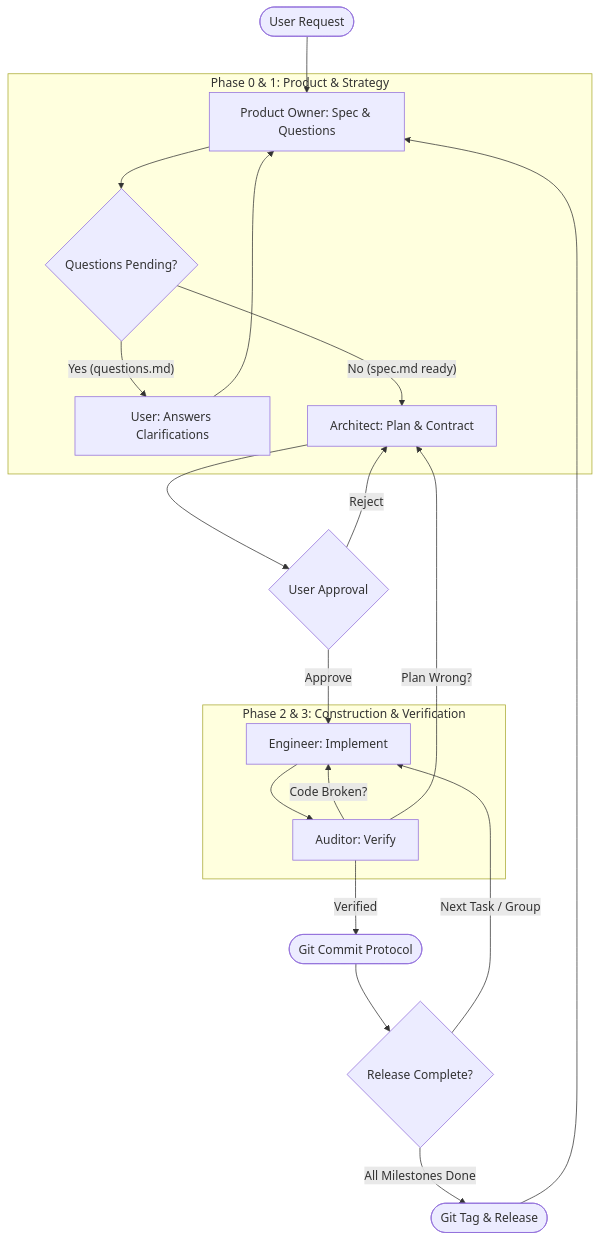
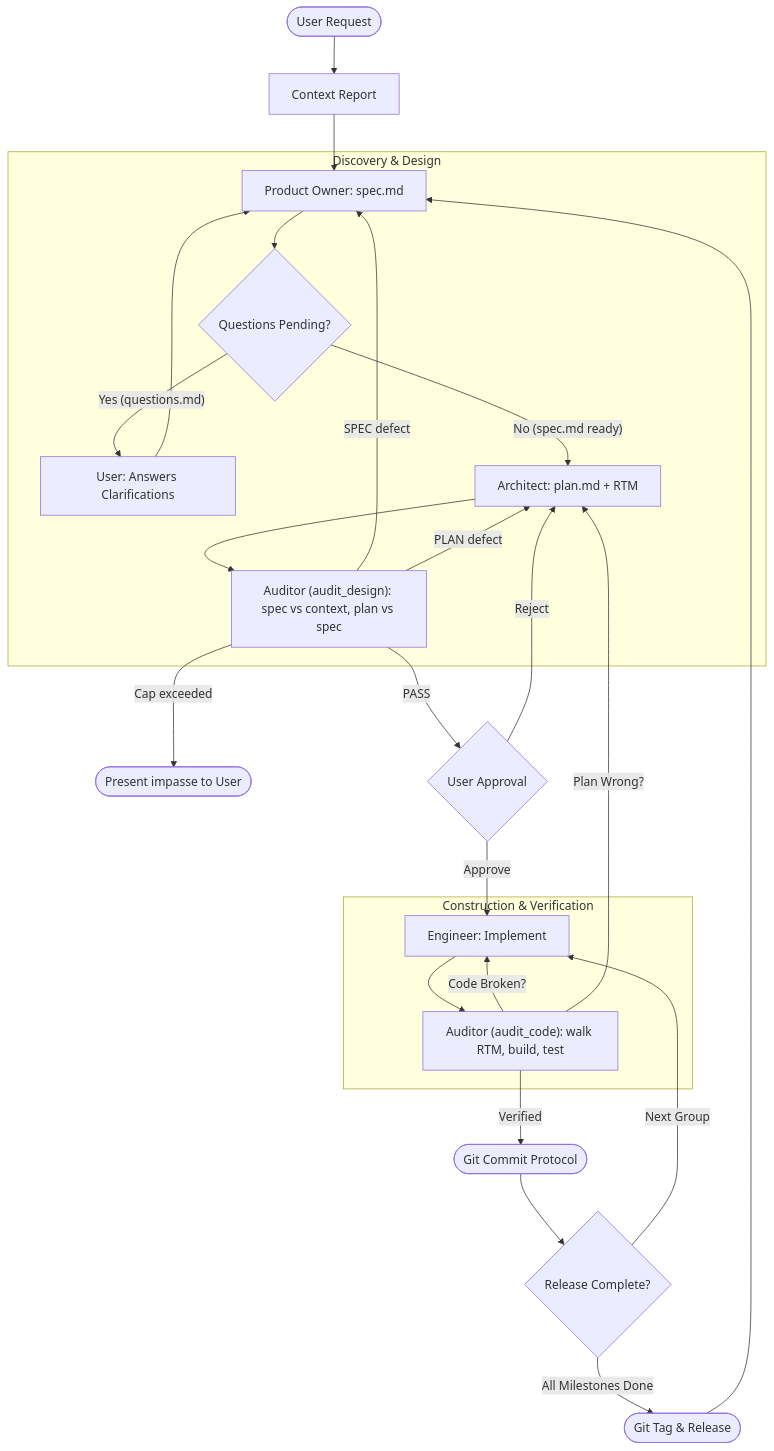
The diagram in config/skills/swarm/SKILL.md (jjdelorme/plan-commands), drawn with Mermaid before and after one commit. The commit also changed other lines of this file and 8 other files, not shown here.

First line of the commit message:
feat: elevate swarm to v3.0.0 with design audit, RTM traceability, and domain invariants

````diff
--- a/config/skills/swarm/SKILL.md
+++ b/config/skills/swarm/SKILL.md
@@ -17,37 +19,44 @@
 ```mermaid
 graph TD
-    subgraph "Phase 0 & 1: Product & Strategy"
-        PO["Product Owner: Spec & Questions"]
+    subgraph "Discovery & Design"
+        PO["Product Owner: spec.md"]
         Questions{"Questions Pending?"}
         UserClarify["User: Answers Clarifications"]
-        Architect["Architect: Plan & Contract"]
+        Architect["Architect: plan.md + RTM"]
+        DesignAudit["Auditor (audit_design): spec vs context, plan vs spec"]
     end
 
-    subgraph "Phase 2 & 3: Construction & Verification"
+    subgraph "Construction & Verification"
         Engineer["Engineer: Implement"]
-        Auditor["Auditor: Verify"]
+        CodeAudit["Auditor (audit_code): walk RTM, build, test"]
     end
 
-    %% Flow
-    Start(["User Request"]) --> PO
+    Start(["User Request"]) --> Research["Context Report"]
+    Research --> PO
     PO --> Questions
     Questions -- "Yes (questions.md)" --> UserClarify
     UserClarify --> PO
     Questions -- "No (spec.md ready)" --> Architect
-    Architect --> Review{"User Approval"}
+    Architect --> DesignAudit
+
+    %% Design Audit Three-Way Fork (cap: 2 returns)
+    DesignAudit -- "SPEC defect" --> PO
+    DesignAudit -- "PLAN defect" --> Architect
+    DesignAudit -- "Cap exceeded" --> Impasse(["Present impasse to User"])
+    DesignAudit -- "PASS" --> Review{"User Approval"}
 
     Review -- "Reject" --> Architect
     Review -- "Approve" --> Engineer
 
-    Engineer --> Auditor
+    Engineer --> CodeAudit
 
-    %% The Three-Way Fork
-    Auditor -- "Code Broken?" --> Engineer
-    Auditor -- "Plan Wrong?" --> Architect
-    Auditor -- "Verified" --> Commit(["Git Commit Protocol"])
+    %% Code Audit Three-Way Fork
+    CodeAudit -- "Code Broken?" --> Engineer
+    CodeAudit -- "Plan Wrong?" --> Architect
+    CodeAudit -- "Verified" --> Commit(["Git Commit Protocol"])
 
     Commit --> CheckRelease{"Release Complete?"}
-    CheckRelease -- "Next Task / Group" --> Engineer
+    CheckRelease -- "Next Group" --> Engineer
     CheckRelease -- "All Milestones Done" --> Tag(["Git Tag & Release"])
     Tag --> PO
 ```
````
